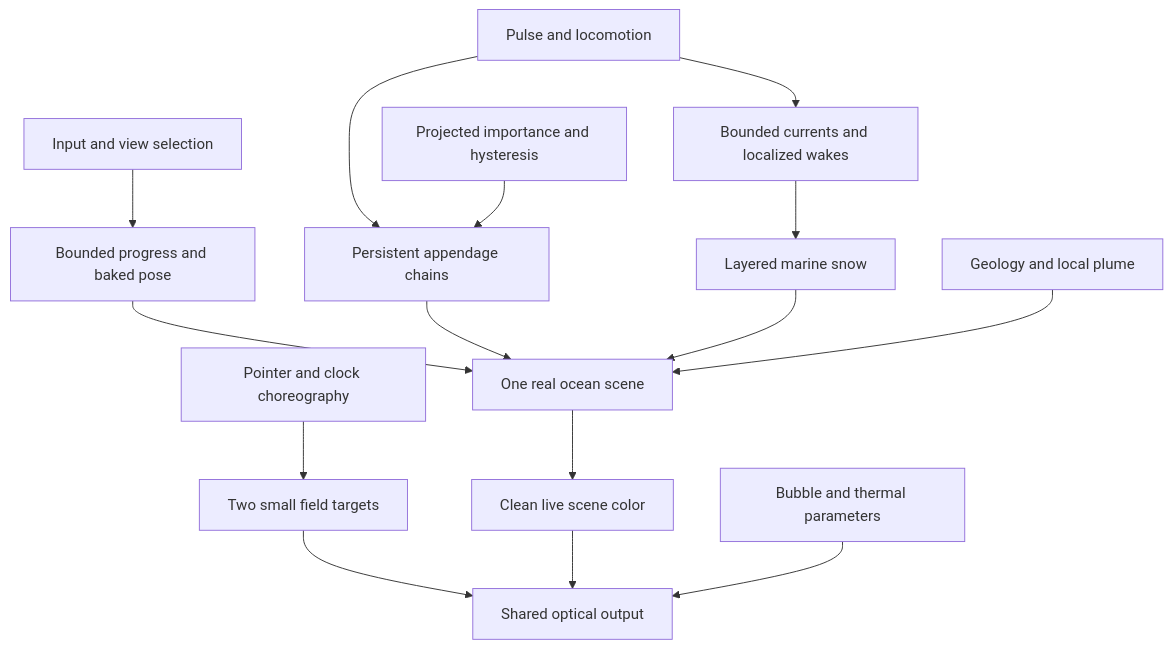
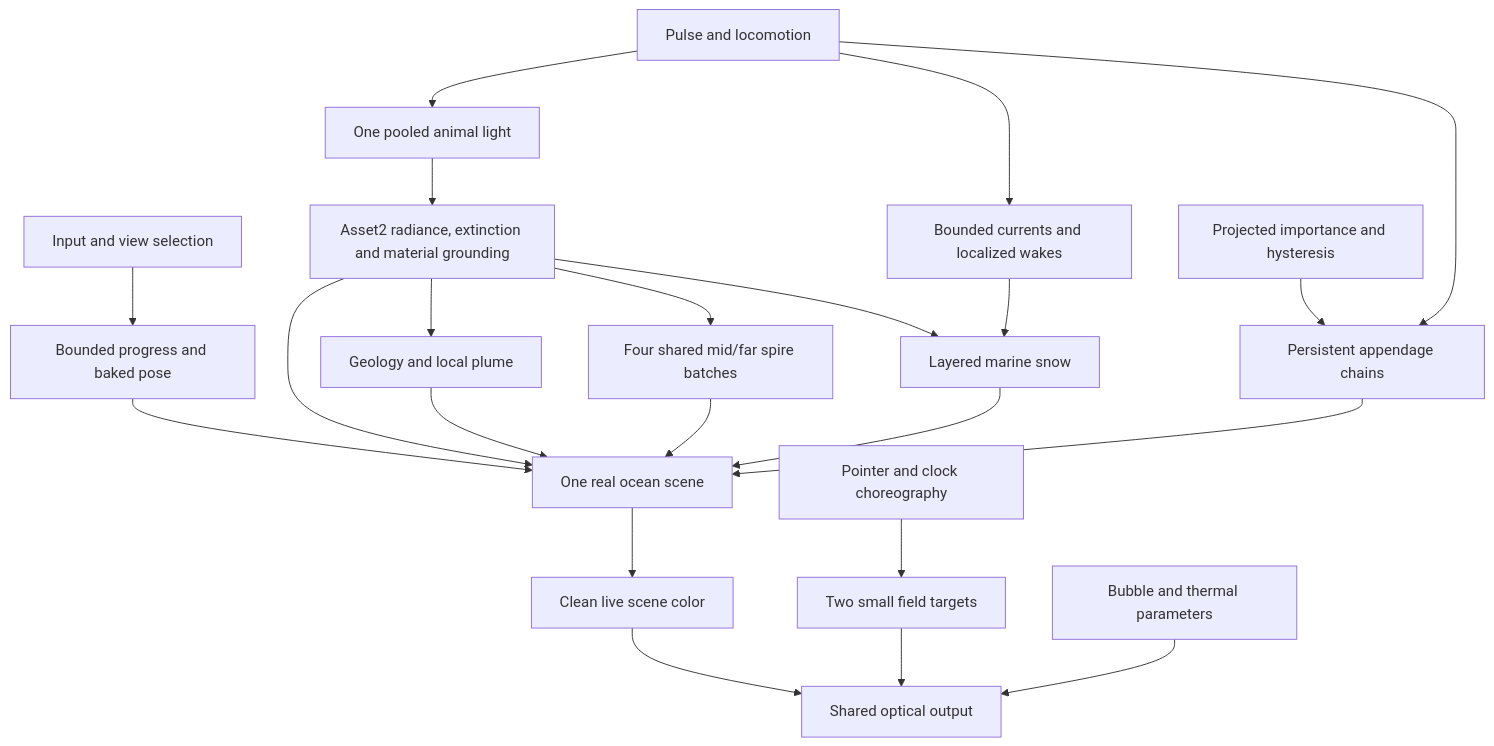
One commit to Denoax/pelagic-jellyfish-webgl changed the diagram in README.md. Above: the diagram before and after it, drawn with Mermaid. The commit also changed other lines of this file, not shown here.

Commit message:
docs(readme): synchronize research with current Asset2 runtime

````diff
--- a/README.md
+++ b/README.md
@@ -857,17 +943,24 @@
 ```mermaid
 flowchart TD
   Input[Input and view selection] --> Camera[Bounded progress and baked pose]
   Animal[Pulse and locomotion] --> Appendages[Persistent appendage chains]
   Animal --> Current[Bounded currents and localized wakes]
   Current --> Snow[Layered marine snow]
+  Animal --> Light[One pooled animal light]
+  Light --> Environment[Asset2 radiance, extinction and material grounding]
+  Environment --> Snow
+  Environment --> Spires[Four shared mid/far spire batches]
+  Spires --> Ocean
   Importance[Projected importance and hysteresis] --> Appendages
   Camera --> Ocean[One real ocean scene]
   Appendages --> Ocean
   Snow --> Ocean
   Sanctuary[Geology and local plume] --> Ocean
+  Environment --> Sanctuary
+  Environment --> Ocean
   Ocean --> Color[Clean live scene color]
   Pointer[Pointer and clock choreography] --> Field[Two small field targets]
   Field --> Output[Shared optical output]
   Color --> Output
   Bubble[Bubble and thermal parameters] --> Output
 ```
````
